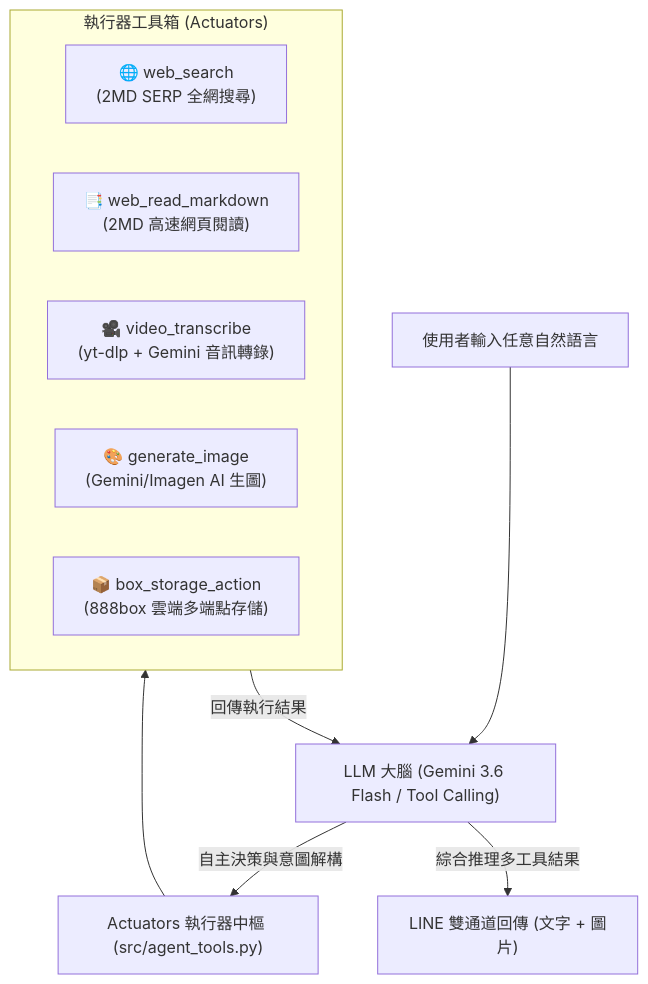
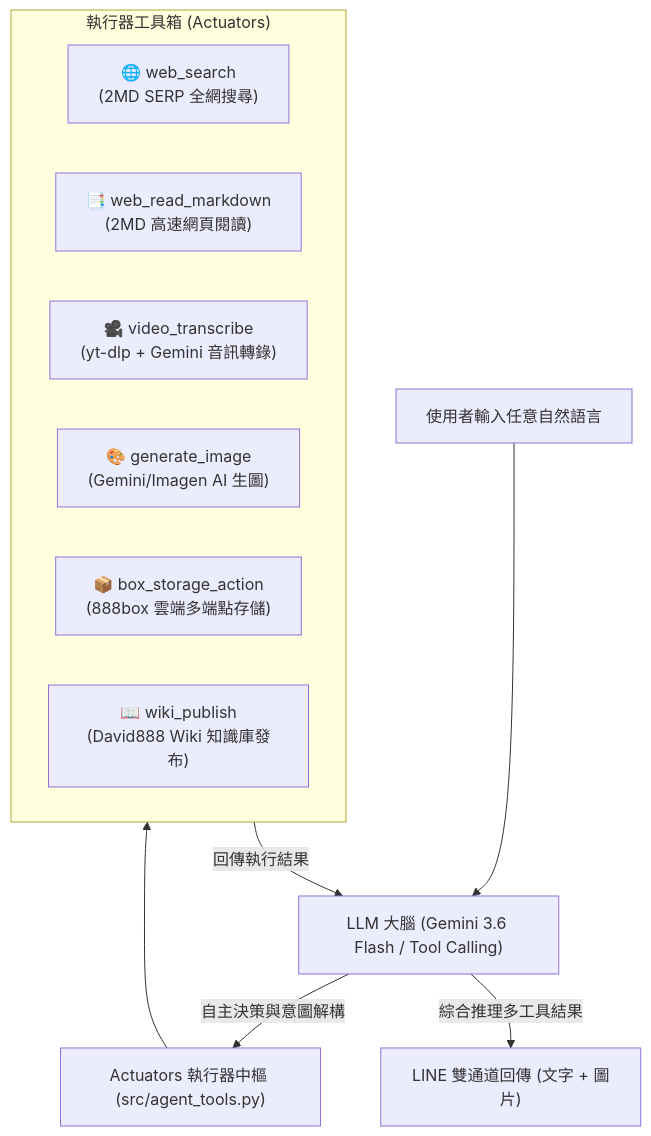
One commit to tbdavid2019/line-bot-summary changed the second of 3 diagrams in README.md. Above: the diagram before and after it, drawn with Mermaid. The commit also changed other lines of this file and 3 other files, not shown here.

Commit message:
feat: add wiki_publish actuator and publish official whitepaper to David888 Wiki

````diff
--- a/README.md
+++ b/README.md
@@ -110,17 +110,18 @@
 ```mermaid
 flowchart TD
     User["使用者輸入任意自然語言"] --> LLM["LLM 大腦 (Gemini 3.6 Flash / Tool Calling)"]
     LLM -->|"自主決策與意圖解構"| Dispatcher["Actuators 執行器中樞 (src/agent_tools.py)"]
     
     subgraph Actuators ["執行器工具箱 (Actuators)"]
         T1["🌐 web_search<br/>(2MD SERP 全網搜尋)"]
         T2["📑 web_read_markdown<br/>(2MD 高速網頁閱讀)"]
         T3["🎥 video_transcribe<br/>(yt-dlp + Gemini 音訊轉錄)"]
         T4["🎨 generate_image<br/>(Gemini/Imagen AI 生圖)"]
         T5["📦 box_storage_action<br/>(888box 雲端多端點存儲)"]
+        T6["📖 wiki_publish<br/>(David888 Wiki 知識庫發布)"]
     end
     
     Dispatcher --> Actuators
     Actuators -->|"回傳執行結果"| LLM
     LLM -->|"綜合推理多工具結果"| Reply["LINE 雙通道回傳 (文字 + 圖片)"]
 ```
````
